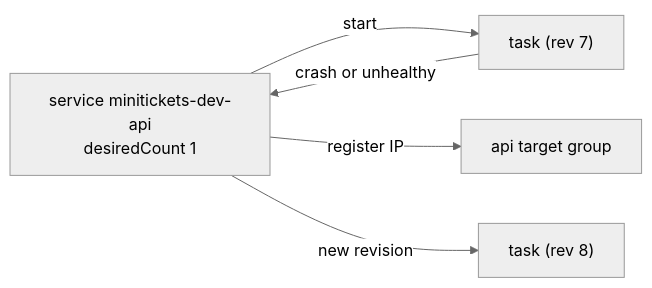
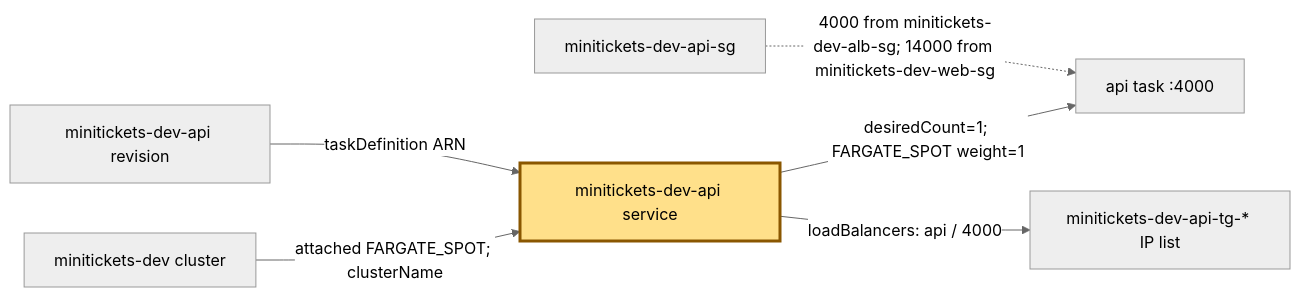
One commit to maheshnd/minitickets changed the first of 2 diagrams in docs/handbook/concepts/ecs-service.md. Above: the diagram before and after it, drawn with Mermaid (neutral theme). The commit also changed other lines of this file and 43 other files, not shown here.

````diff
--- a/docs/handbook/concepts/ecs-service.md
+++ b/docs/handbook/concepts/ecs-service.md
@@ -20,7 +13,10 @@
 ```mermaid
 flowchart LR
-    svc["service minitickets-dev-api<br/>desiredCount 1"] -->|"start"| t["task (rev 7)"]
-    t -->|"crash or unhealthy"| svc
-    svc -->|"register IP"| tg["api target group"]
-    svc -->|"new revision"| t2["task (rev 8)"]
+    C["minitickets-dev cluster"] -->|"attached FARGATE_SPOT; clusterName"| S["minitickets-dev-api service"]
+    D["minitickets-dev-api revision"] -->|"taskDefinition ARN"| S
+    S -->|"desiredCount=1; FARGATE_SPOT weight=1"| T["api task :4000"]
+    S -->|"loadBalancers: api / 4000"| G["minitickets-dev-api-tg-* IP list"]
+    SG["minitickets-dev-api-sg"] -.->|"4000 from minitickets-dev-alb-sg; 14000 from minitickets-dev-web-sg"| T
+    classDef focus fill:#ffe08a,stroke:#8a5700,stroke-width:3px
+    class S focus
 ```
````
